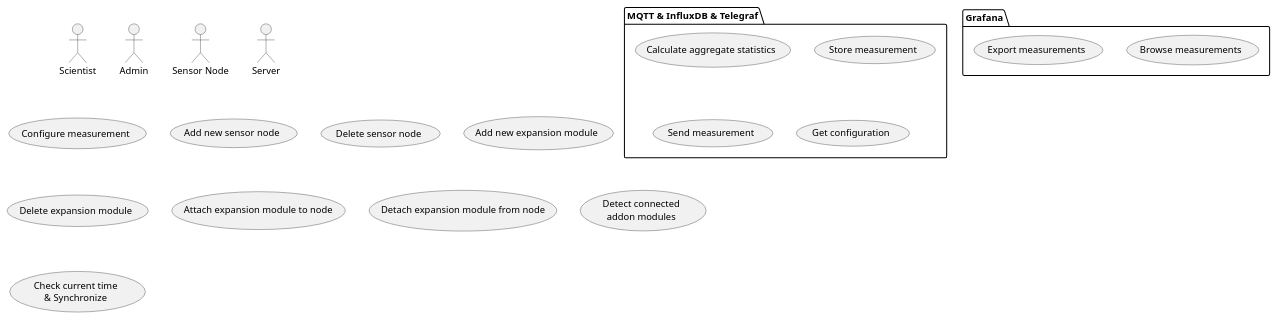
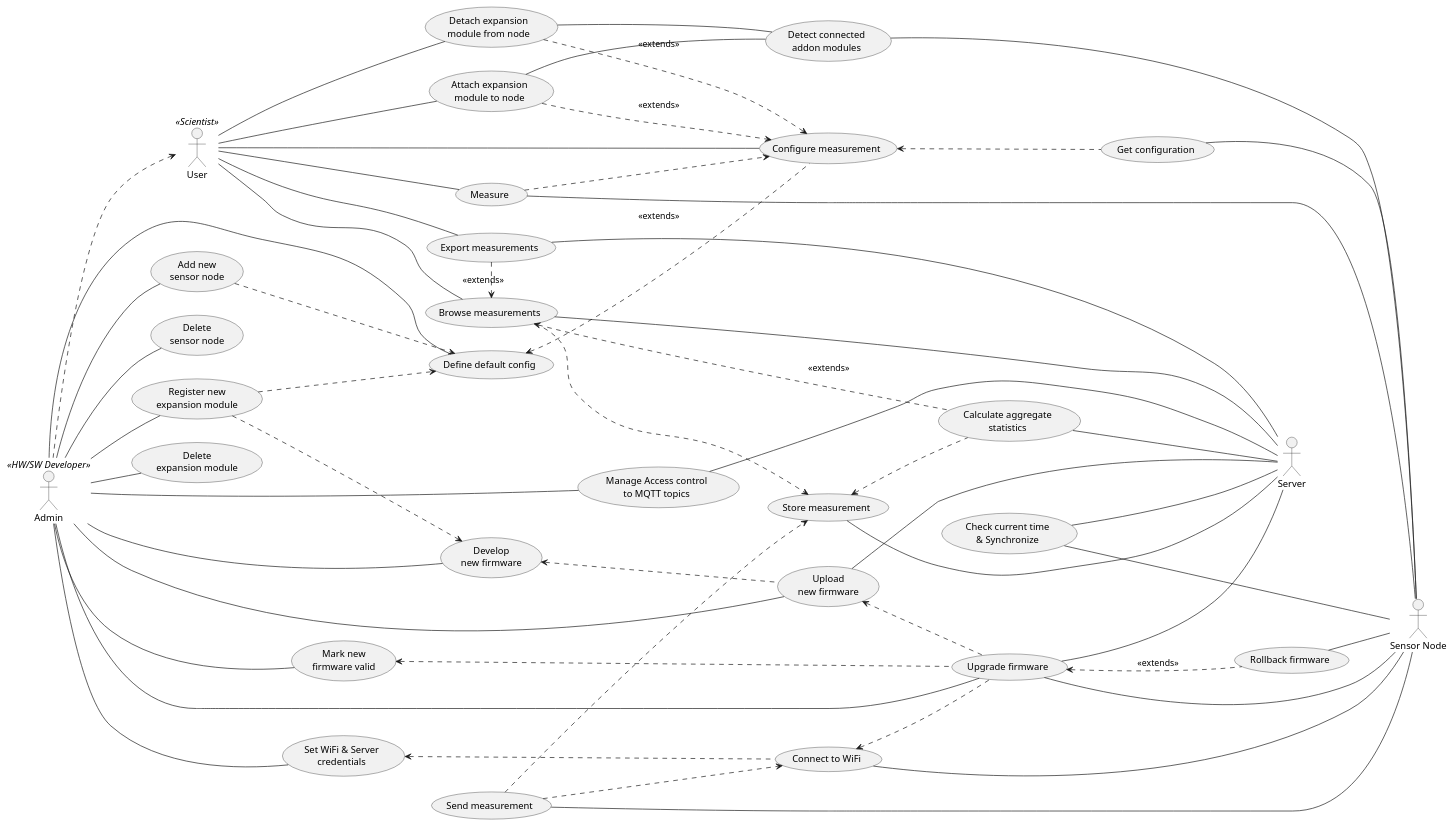
Before and after one commit to Tulitomaatti/mittari: the diagram in docs/usecases.puml, drawn with PlantUML.

Commit message:
Drafted usecase diagram

```diff
--- a/docs/usecases.puml
+++ b/docs/usecases.puml
@@ -1,38 +1,144 @@
 @startuml
+left to right direction
 
-actor Scientist
-actor Admin
-actor "Sensor Node" as node
-actor Server
+actor User as user <<Scientist>> 
+actor Admin as admin <<HW/SW Developer>> 
+actor "Sensor Node" as snode
+actor Server as server
+
+' Rectangle { 
+usecase config_measurement as "Configure measurement"  
+usecase set_default_config as "Define default config"  
+usecase measure as "Measure" 
+usecase add_node as "Add new 
+                    sensor node"
+usecase del_node as "Delete 
+                    sensor node"  
+usecase add_module as "Register new 
+                    expansion module"
+usecase del_module as "Delete 
+                    expansion module"
+usecase fw_dev as "Develop 
+                    new firmware"  
+
+usecase fw_rollback as "Rollback firmware"  
 
 
-usecase "Configure measurement" as config_measurement
-usecase "Add new sensor node" as add_node
-usecase "Delete sensor node" as del_node
-usecase "Add new expansion module" as add_module
-usecase "Delete expansion module" as del_module
+usecase attach_node as "Attach expansion 
+                    module to node"  
+usecase detach_node as "Detach expansion 
+                    module from node"  
 
-usecase "Attach expansion module to node" as attach_node
-usecase "Detach expansion module from node" as detach_node 
+usecase net_config as "Set WiFi & Server 
+                    credentials"
+usecase connect_wifi as "Connect to WiFi"
 
 
-package Grafana {
-usecase "Browse measurements" as browse_data
-usecase "Export measurements" as export_data
-}
+' Funky syntax hilight bug with base plantuml package? using "" instead of  "" seems to fix it. 
 
-package "MQTT & InfluxDB & Telegraf" {
-usecase "Calculate aggregate statistics" as aggregate
-usecase "Store measurement" as store_data 
-usecase "Send measurement"as send_data
-usecase "Get configuration" as get_conf
-}
+'package Grafana {
+usecase browse_data as "Browse measurements" 
+usecase export_data as "Export measurements"
+'}
+
+'package "MQTT & InfluxDB & Telegraf" {
+usecase aggregate as "Calculate aggregate
+                    statistics" 
+usecase store_data as "Store measurement"  
+usecase send_data as "Send measurement" 
+usecase get_conf as "Get configuration" 
+usecase manage_acl as "Manage Access control 
+                    to MQTT topics"
+
+usecase fw_validate as "Mark new 
+                    firmware valid"
+usecase fw_upload as "Upload 
+                    new firmware"  
+usecase fw_upgrade as "Upgrade firmware"  
+'}
 
 usecase detect_modules as "Detect connected
-addon modules"
+                        addon modules"
 
 usecase sync as "Check current time 
-& Synchronize"
+                        & Synchronize"
+' }
 
 
+admin .> user 
+
+' User actions
+user -- config_measurement
+user -- measure
+user -- attach_node
+user -- detach_node 
+user -- browse_data
+user -- export_data
+
+'Admin actions
+admin -- add_module
+admin -- add_node
+admin -- del_node
+admin -- fw_dev
+admin -- fw_upload
+admin -- fw_validate
+admin -- del_module
+admin -- set_default_config
+admin -- manage_acl
+admin -- net_config
+admin -- fw_upgrade
+
+
+'Node / Module basic functions
+detect_modules -- snode
+get_conf -- snode 
+sync -- snode 
+measure -- snode
+send_data -- snode
+fw_upgrade --- snode
+fw_rollback -- snode
+connect_wifi -- snode
+
+'Server / db / mqtt basic functions 
+aggregate -- server
+store_data -- server
+fw_upload -- server
+fw_upgrade -- server
+sync -- server
+browse_data -- server
+export_data -- server
+manage_acl -- server
+
+
+'Inter-usecase relationships
+net_config <.. connect_wifi  
+
+measure ..> config_measurement
+set_default_config <.. config_measurement : <<extends>>
+
+send_data ..> connect_wifi
+send_data ..> store_data
+attach_node ..> config_measurement : <<extends>>
+detach_node ..> config_measurement : <<extends>>
+
+attach_node -- detect_modules
+detach_node -- detect_modules
+
+add_module ..> fw_dev
+add_module ..> set_default_config 
+add_node ..> set_default_config 
+
+fw_dev <.. fw_upload  
+fw_upload <.. fw_upgrade
+connect_wifi <.. fw_upgrade
+fw_upgrade <.. fw_rollback : <<extends>> 
+fw_validate <.. fw_upgrade
+
+config_measurement <.. get_conf 
+
+export_data .> browse_data : <<extends>>
+
+browse_data ..> store_data
+browse_data <.. aggregate : <<extends>> 
+store_data <.. aggregate
 @enduml 
```
